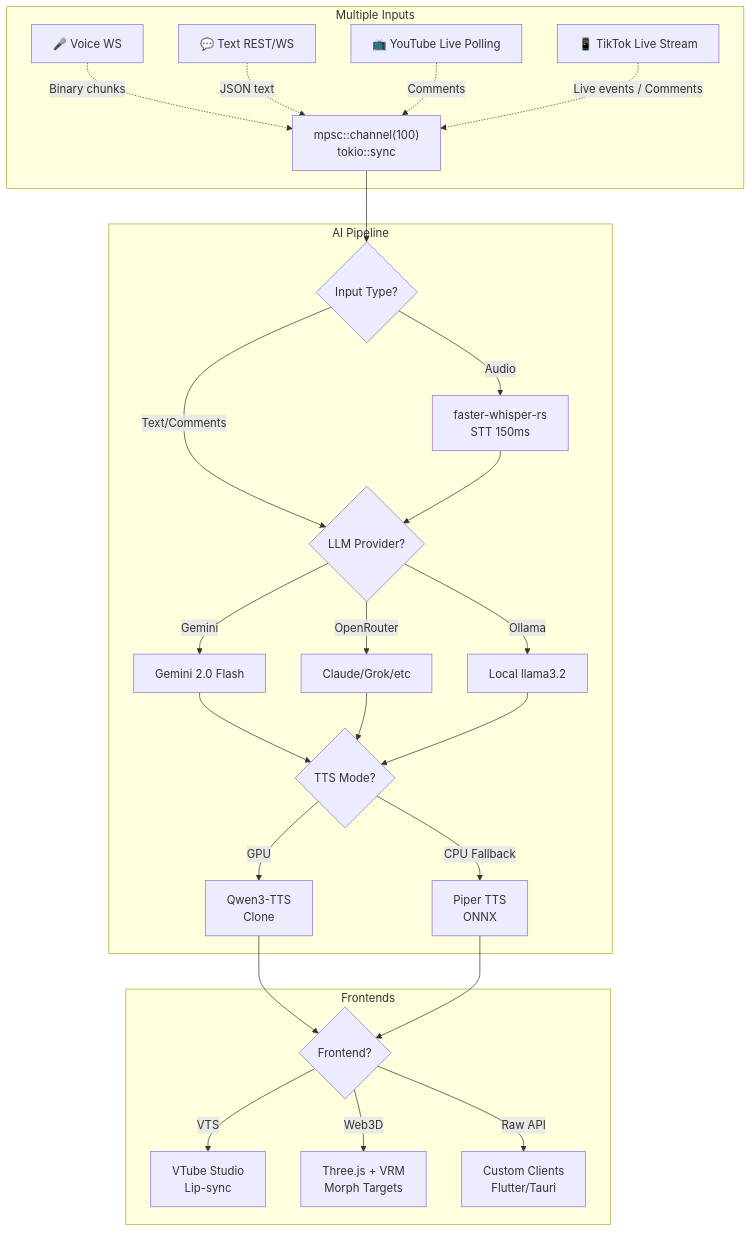
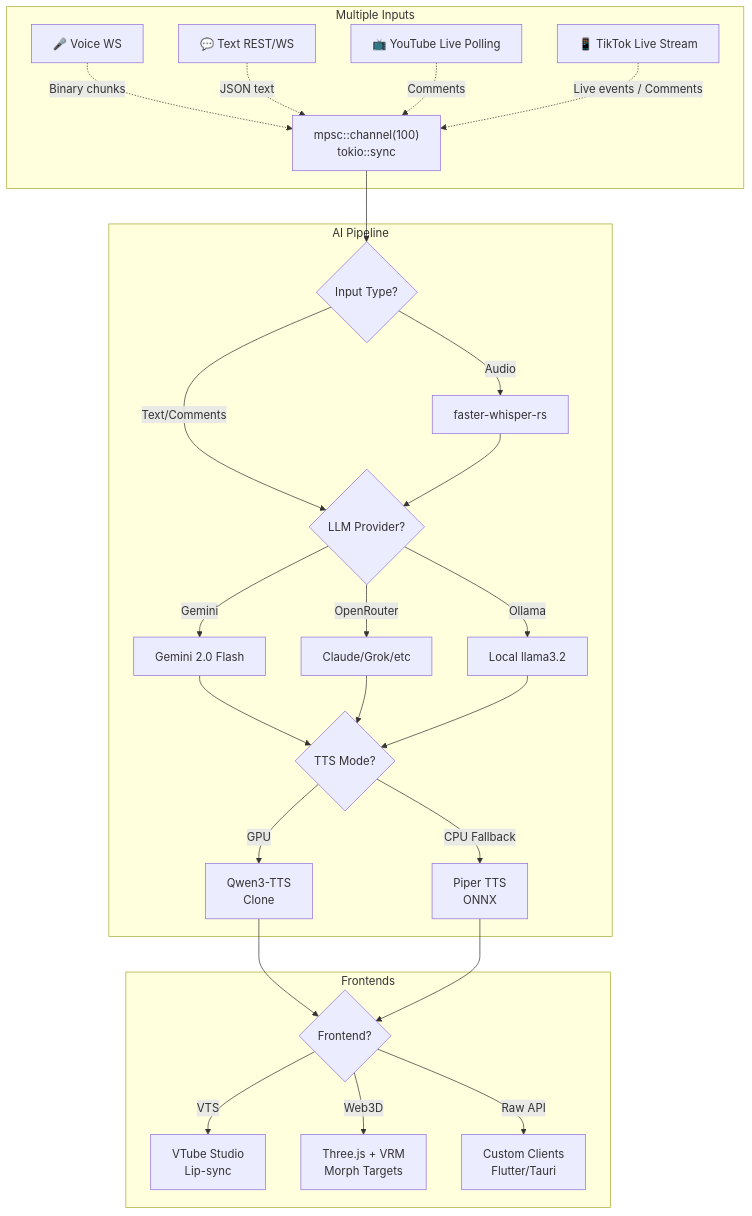
The diagram in README.md (Jonathan0823/VoxaLive), drawn with Mermaid before and after one commit. The commit also changed other lines of this file, not shown here.

````diff
--- a/README.md
+++ b/README.md
@@ -51,49 +51,49 @@
 ```mermaid
 graph TB
     subgraph Inputs ["Multiple Inputs"]
         A[🎤 Voice WS] 
         B[💬 Text REST/WS]
         C[📺 YouTube Live Polling]
         D[📱 TikTok Live Stream]
         A -.->|"Binary chunks"| E
         B -.->|"JSON text"| E
         C -.->|"Comments"| E
         D -.->|"Live events / Comments"| E
     end
     
     E["mpsc::channel(100)<br/>tokio::sync"]
     
     subgraph Pipeline ["AI Pipeline"]
         E --> F{Input Type?}
         
         %% Path for Audio
-        F -->|Audio| G["faster-whisper-rs<br/>STT 150ms"]
+        F -->|Audio| G["faster-whisper-rs"]
         
         %% Path for Text directly to Providers
         F -->|Text/Comments| I
         G --> I{LLM Provider?}
         
         I -->|Gemini| Ig["Gemini 2.0 Flash"]
         I -->|OpenRouter| Io["Claude/Grok/etc"]
         I -->|Ollama| Il["Local llama3.2"]
         
         %% Immediate transition to TTS Mode
         Ig --> K
         Io --> K
         Il --> K
         
         K{TTS Mode?}
         K -->|GPU| Kg["Qwen3-TTS<br/>Clone"]
         K -->|CPU Fallback| Kc["Piper TTS<br/>ONNX"]
     end
     
     Kg --> L
     Kc --> L
     
     subgraph Frontends ["Frontends"]
         L{Frontend?}
         L -->|VTS| M["VTube Studio<br/>Lip-sync"]
         L -->|Web3D| N["Three.js + VRM<br/>Morph Targets"]
         L -->|Raw API| O["Custom Clients<br/>Flutter/Tauri"]
     end
 ```
````
